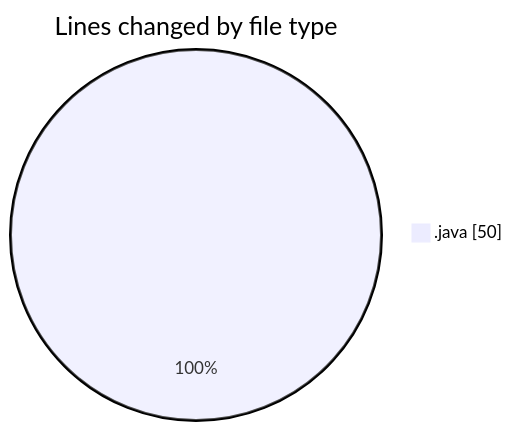
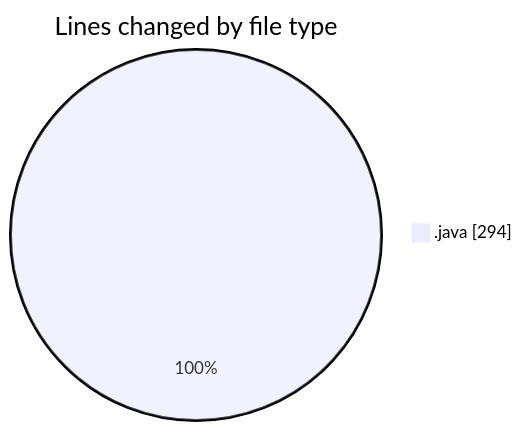
The first of 2 diagrams in 2025-03-04/masm/README.md (charlie-sans/code-tracking), drawn with Mermaid before and after one commit. The commit also changed other lines of this file and 1 other file, not shown here.

````diff
--- a/2025-03-04/masm/README.md
+++ b/2025-03-04/masm/README.md
@@ -21,5 +21,5 @@
 ```mermaid
 pie showData
 title Lines changed by file type
-".java" : 50
+".java" : 294
 ```
````
